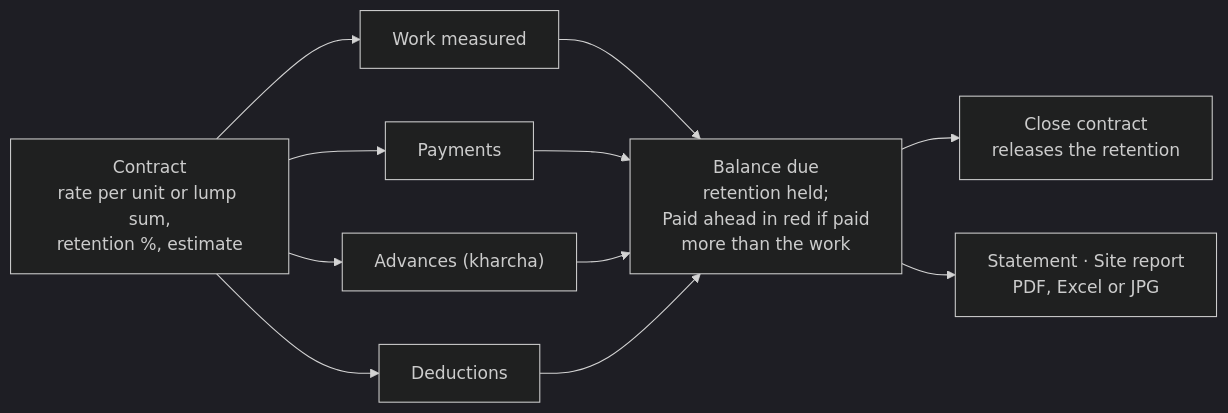
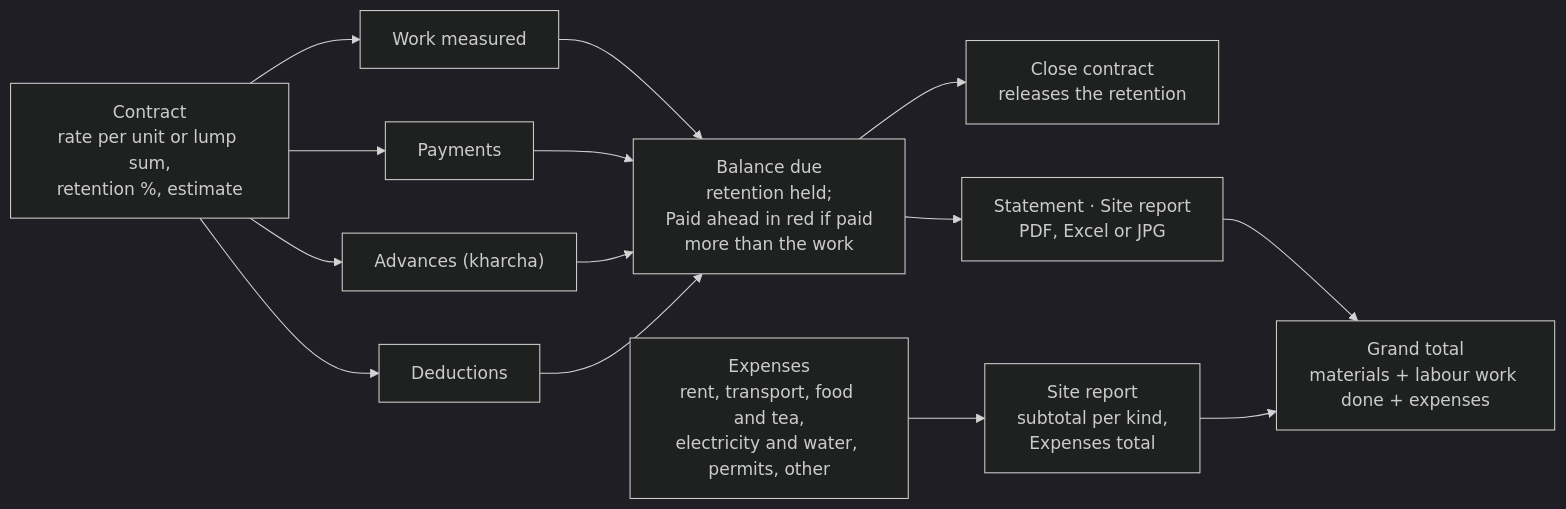
Before and after one commit to parikshit99/nirman: the fifth of 6 diagrams in docs/Nirman workflows.md, drawn with Mermaid (dark theme). The commit also changed other lines of this file and 22 other files, not shown here.

First line of the commit message:
Nirman 7.14 (draft): Rent, food and other site expenses

````diff
--- a/docs/Nirman workflows.md
+++ b/docs/Nirman workflows.md
@@ -139,10 +139,13 @@
 ```mermaid
 flowchart LR
   C[Contract<br/>rate per unit or lump sum,<br/>retention %, estimate] --> WM[Work measured]
   C --> PY[Payments]
   C --> AD["Advances (kharcha)"]
   C --> DD[Deductions]
   WM & PY & AD & DD --> BAL[Balance due<br/>retention held;<br/>Paid ahead in red if paid<br/>more than the work]
   BAL --> CL[Close contract<br/>releases the retention]
   BAL --> ST[Statement · Site report<br/>PDF, Excel or JPG]
+  EX[Expenses<br/>rent, transport, food and tea,<br/>electricity and water, permits, other] --> SR[Site report<br/>subtotal per kind,<br/>Expenses total]
+  ST --> GT[Grand total<br/>materials + labour work done + expenses]
+  SR --> GT
 ```
````
